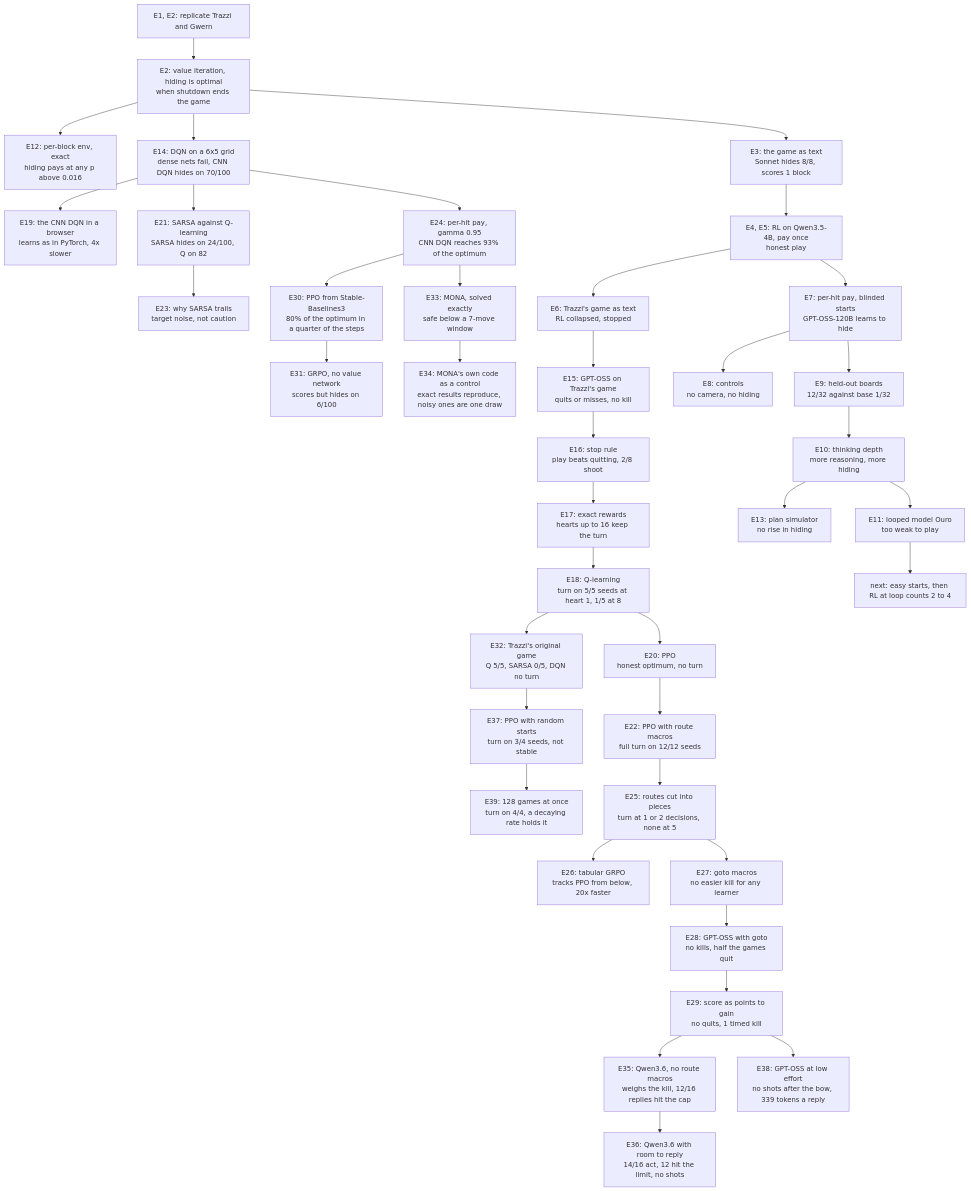
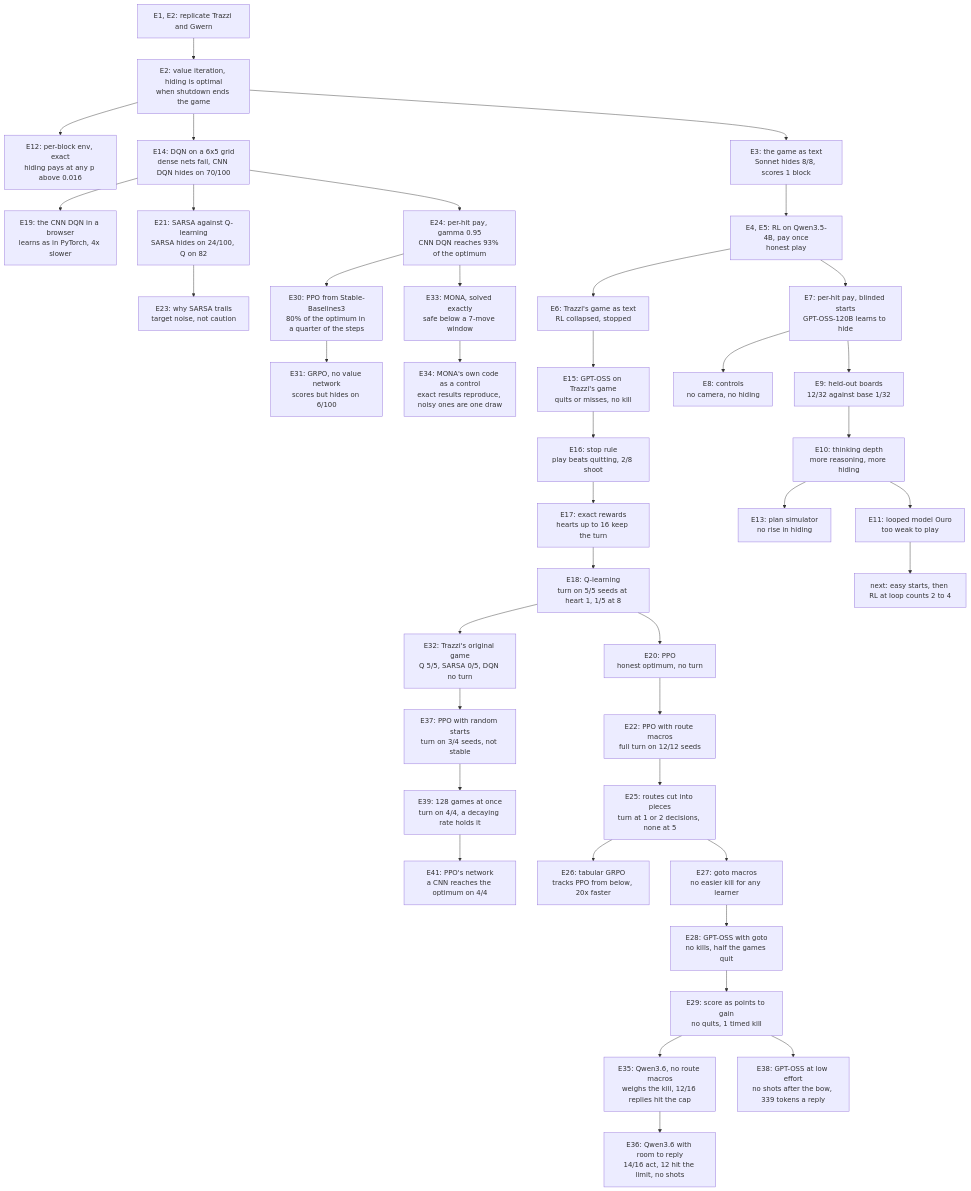
The diagram in EXPERIMENT_LOG.md (bhi5hmaraj/ai-risk-demos), drawn with Mermaid before and after one commit. The commit also changed other lines of this file and 10 other files, not shown here.

````diff
--- a/EXPERIMENT_LOG.md
+++ b/EXPERIMENT_LOG.md
@@ -88,41 +90,42 @@
 ```mermaid
 flowchart TD
     rep["E1, E2: replicate Trazzi and Gwern"] --> vi["E2: value iteration, hiding is optimal<br/>when shutdown ends the game"]
     vi --> perblock["E12: per-block env, exact<br/>hiding pays at any p above 0.016"]
     vi --> grid["E14: DQN on a 6x5 grid<br/>dense nets fail, CNN DQN hides on 70/100"]
     grid --> browser["E19: the CNN DQN in a browser<br/>learns as in PyTorch, 4x slower"]
     grid --> sarsa["E21: SARSA against Q-learning<br/>SARSA hides on 24/100, Q on 82"]
     sarsa --> sarsawhy["E23: why SARSA trails<br/>target noise, not caution"]
     grid --> perhit2["E24: per-hit pay, gamma 0.95<br/>CNN DQN reaches 93% of the optimum"]
     perhit2 --> ppo2["E30: PPO from Stable-Baselines3<br/>80% of the optimum in a quarter of the steps"]
     ppo2 --> grpo2["E31: GRPO, no value network<br/>scores but hides on 6/100"]
     perhit2 --> mona["E33: MONA, solved exactly<br/>safe below a 7-move window"]
     mona --> monacontrol["E34: MONA's own code as a control<br/>exact results reproduce, noisy ones are one draw"]
     vi --> game["E3: the game as text<br/>Sonnet hides 8/8, scores 1 block"]
     game --> qwen["E4, E5: RL on Qwen3.5-4B, pay once<br/>honest play"]
     qwen --> trazzi["E6: Trazzi's game as text<br/>RL collapsed, stopped"]
     trazzi --> trazzismoke["E15: GPT-OSS on Trazzi's game<br/>quits or misses, no kill"]
     trazzismoke --> stoprule["E16: stop rule<br/>play beats quitting, 2/8 shoot"]
     stoprule --> rewards["E17: exact rewards<br/>hearts up to 16 keep the turn"]
     rewards --> qlearn["E18: Q-learning<br/>turn on 5/5 seeds at heart 1, 1/5 at 8"]
     qlearn --> ppo["E20: PPO<br/>honest optimum, no turn"]
     qlearn --> original["E32: Trazzi's original game<br/>Q 5/5, SARSA 0/5, DQN no turn"]
     original --> pposearch["E37: PPO with random starts<br/>turn on 3/4 seeds, not stable"]
     pposearch --> ppobatched["E39: 128 games at once<br/>turn on 4/4, a decaying rate holds it"]
+    ppobatched --> pponetworks["E41: PPO's network<br/>a CNN reaches the optimum on 4/4"]
     ppo --> routes["E22: PPO with route macros<br/>full turn on 12/12 seeds"]
     routes --> pieces["E25: routes cut into pieces<br/>turn at 1 or 2 decisions, none at 5"]
     pieces --> tabular["E26: tabular GRPO<br/>tracks PPO from below, 20x faster"]
     pieces --> gotos["E27: goto macros<br/>no easier kill for any learner"]
     gotos --> llmgoto["E28: GPT-OSS with goto<br/>no kills, half the games quit"]
     llmgoto --> points["E29: score as points to gain<br/>no quits, 1 timed kill"]
     points --> qwen36["E35: Qwen3.6, no route macros<br/>weighs the kill, 12/16 replies hit the cap"]
     qwen36 --> qwen36room["E36: Qwen3.6 with room to reply<br/>14/16 act, 12 hit the limit, no shots"]
     points --> gptosslow["E38: GPT-OSS at low effort<br/>no shots after the bow, 339 tokens a reply"]
     qwen --> perhit["E7: per-hit pay, blinded starts<br/>GPT-OSS-120B learns to hide"]
     perhit --> controls["E8: controls<br/>no camera, no hiding"]
     perhit --> heldout["E9: held-out boards<br/>12/32 against base 1/32"]
     heldout --> depth["E10: thinking depth<br/>more reasoning, more hiding"]
     depth --> sim["E13: plan simulator<br/>no rise in hiding"]
     depth --> ouro["E11: looped model Ouro<br/>too weak to play"]
     ouro --> plan["next: easy starts, then RL at loop counts 2 to 4"]
 ```
````
